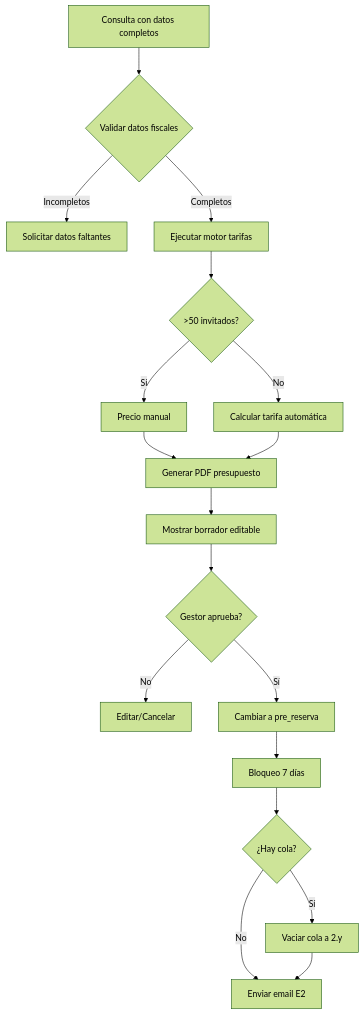
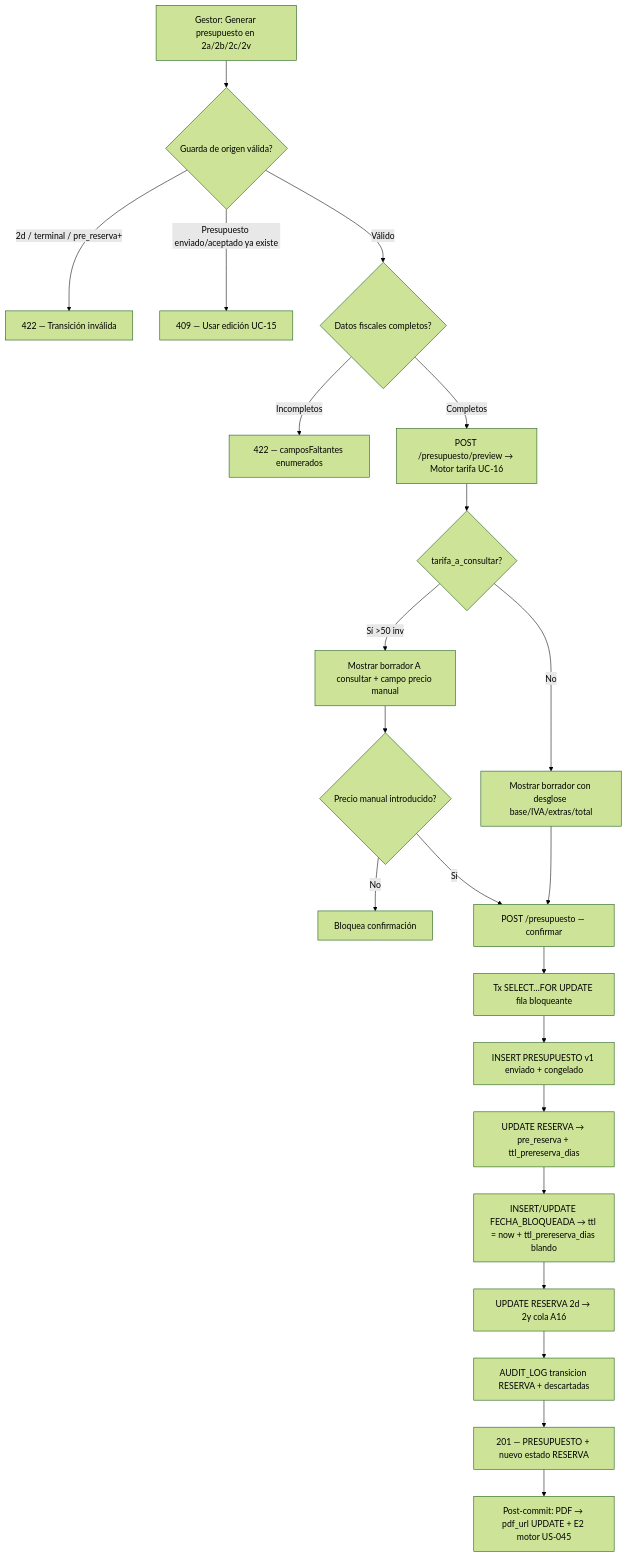
Diagram 11 of 18 in docs/use-cases.md (rvila89/slotify), drawn with Mermaid (forest theme) before and after one commit. The commit also changed other lines of this file and 58 other files, not shown here.

First line of the commit message:
feat(presupuestos): US-014 generar presupuesto y activar pre-reserva

````diff
--- a/docs/use-cases.md
+++ b/docs/use-cases.md
@@ -825,20 +830,24 @@
 ```mermaid
 flowchart TD
-    A[Consulta con datos completos] --> B{Validar datos fiscales}
-    B -->|Incompletos| C[Solicitar datos faltantes]
-    B -->|Completos| D[Ejecutar motor tarifas]
-    D --> E{>50 invitados?}
-    E -->|Sí| F[Precio manual]
-    E -->|No| G[Calcular tarifa automática]
-    F --> H[Generar PDF presupuesto]
-    G --> H
-    H --> I[Mostrar borrador editable]
-    I --> J{Gestor aprueba?}
-    J -->|No| K[Editar/Cancelar]
-    J -->|Sí| L[Cambiar a pre_reserva]
-    L --> M[Bloqueo 7 días]
-    M --> N{¿Hay cola?}
-    N -->|Sí| O[Vaciar cola a 2.y]
-    N -->|No| P[Enviar email E2]
-    O --> P
+    A[Gestor: Generar presupuesto en 2a/2b/2c/2v] --> B{Guarda de origen válida?}
+    B -->|2d / terminal / pre_reserva+| C[422 — Transición inválida]
+    B -->|Presupuesto enviado/aceptado ya existe| D[409 — Usar edición UC-15]
+    B -->|Válido| E{Datos fiscales completos?}
+    E -->|Incompletos| F[422 — camposFaltantes enumerados]
+    E -->|Completos| G[POST /presupuesto/preview → Motor tarifa UC-16]
+    G --> H{tarifa_a_consultar?}
+    H -->|Sí >50 inv| I[Mostrar borrador A consultar + campo precio manual]
+    H -->|No| J[Mostrar borrador con desglose base/IVA/extras/total]
+    I --> K{Precio manual introducido?}
+    K -->|No| L[Bloquea confirmación]
+    K -->|Sí| M
+    J --> M[POST /presupuesto — confirmar]
+    M --> N[Tx SELECT…FOR UPDATE fila bloqueante]
+    N --> O[INSERT PRESUPUESTO v1 enviado + congelado]
+    O --> P[UPDATE RESERVA → pre_reserva + ttl_prereserva_dias]
+    P --> Q[INSERT/UPDATE FECHA_BLOQUEADA → ttl = now + ttl_prereserva_dias blando]
+    Q --> R[UPDATE RESERVA 2d → 2y cola A16]
+    R --> S[AUDIT_LOG transicion RESERVA + descartadas]
+    S --> T[201 — PRESUPUESTO + nuevo estado RESERVA]
+    T --> U[Post-commit: PDF → pdf_url UPDATE + E2 motor US-045]
 ```
````
